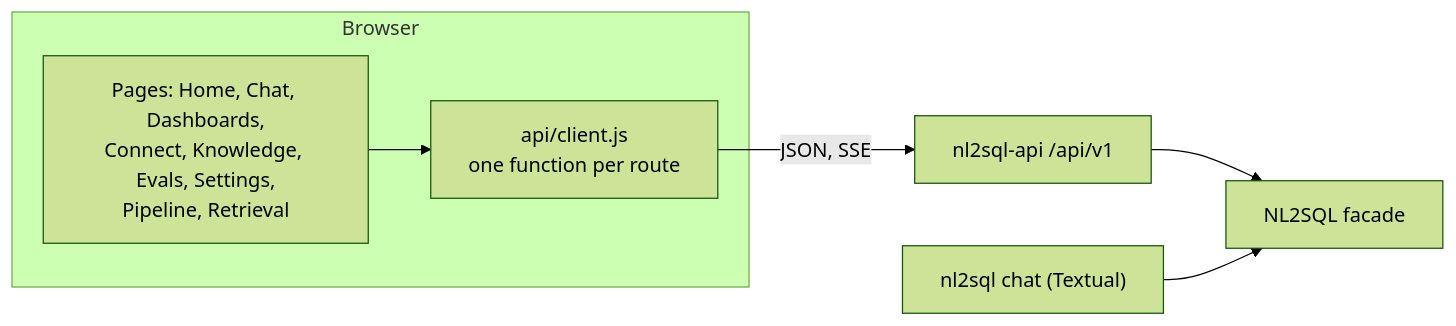
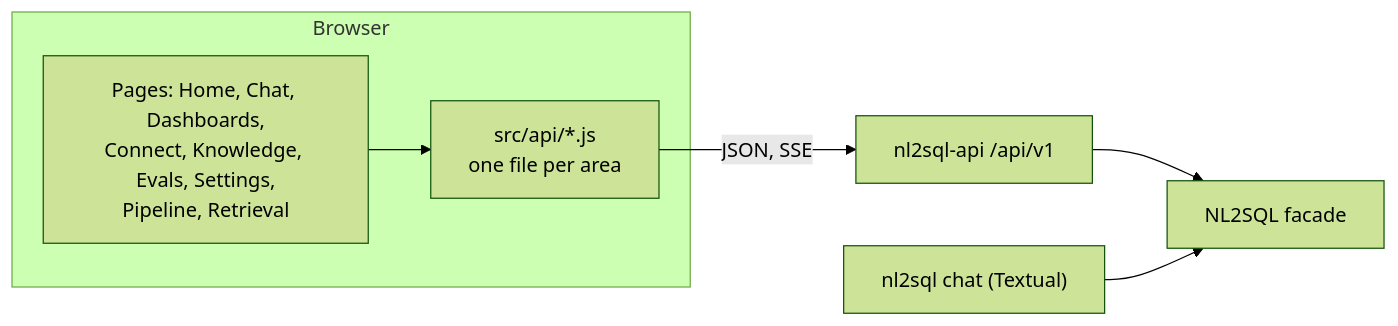
One commit to nadeem4/nl2sql changed the second of 3 diagrams in docs/architecture/wave_d.md. Above: the diagram before and after it, drawn with Mermaid (forest theme). The commit also changed other lines of this file, not shown here.

First line of the commit message:
docs(architecture): Wave D design, review fixes and alignment with Waves A to C

````diff
--- a/docs/architecture/wave_d.md
+++ b/docs/architecture/wave_d.md
@@ -621,11 +686,11 @@
 ```mermaid
 flowchart LR
   subgraph Browser
     P["Pages: Home, Chat, Dashboards,<br/>Connect, Knowledge, Evals, Settings,<br/>Pipeline, Retrieval"]
-    C["api/client.js<br/>one function per route"]
+    C["src/api/*.js<br/>one file per area"]
     P --> C
   end
   C -->|"JSON, SSE"| API["nl2sql-api /api/v1"]
   API --> F["NL2SQL facade"]
   T["nl2sql chat (Textual)"] --> F
 ```
````
